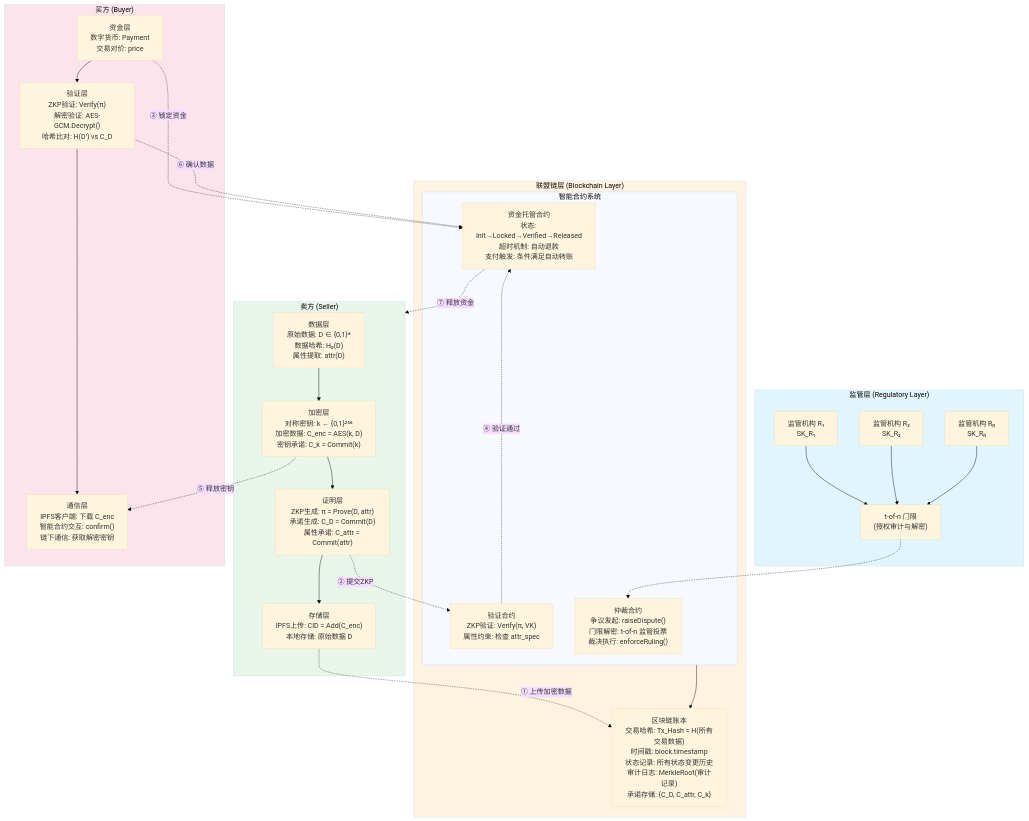
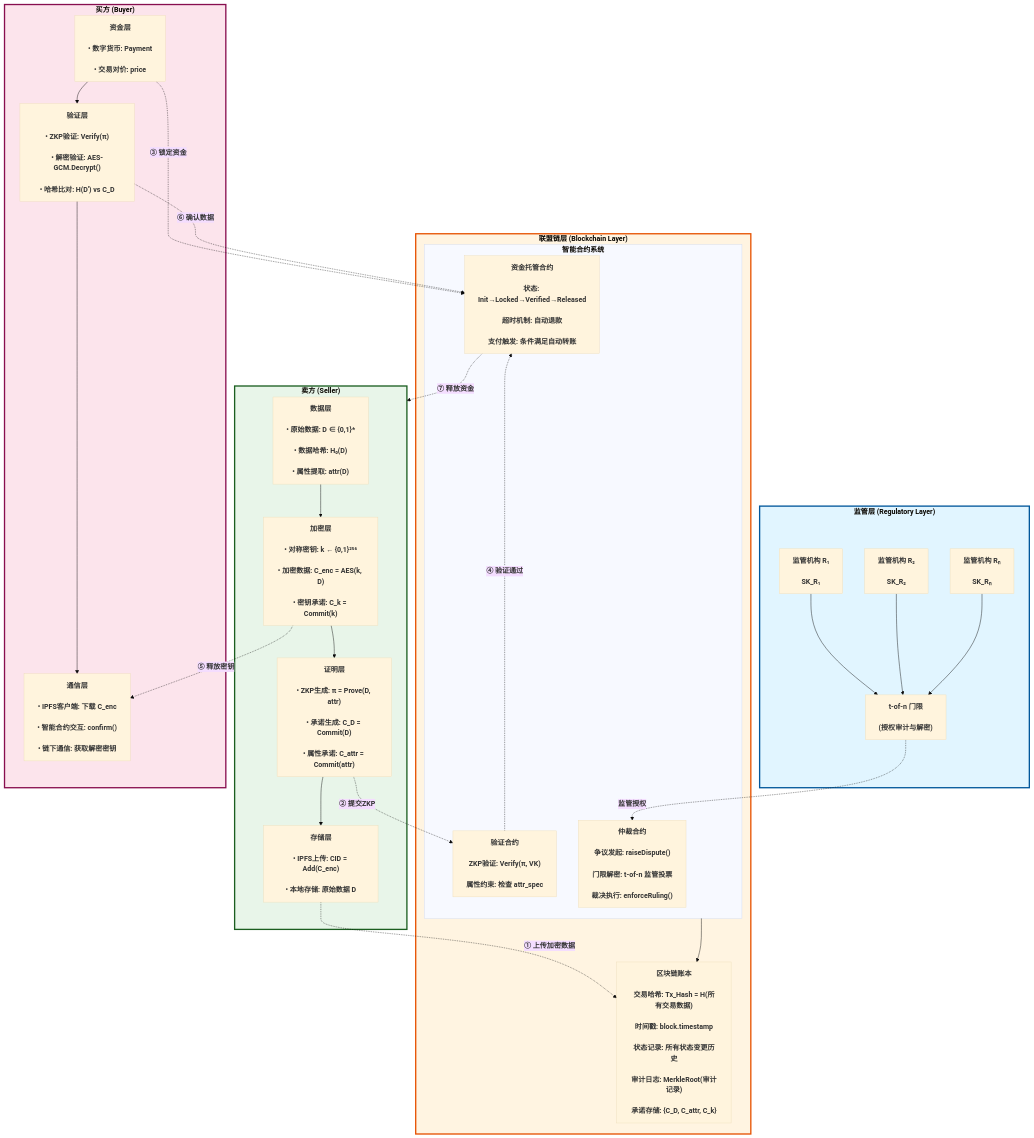
Before and after one commit to ystAlex/iodraw-files: the diagram in all/未命名-4.md, drawn with Mermaid (base theme).

Commit message:
2025-12-10 03:47:50 update

````diff
--- a/all/未命名-4.md
+++ b/all/未命名-4.md
@@ -1,59 +1,62 @@
 ```mermaid
 graph TB
-    subgraph Regulatory["监管层 (Regulatory Layer)"]
-        R1["监管机构 R₁<br/>SK_R₁"]
-        R2["监管机构 R₂<br/>SK_R₂"]
-        Rn["监管机构 Rₙ<br/>SK_Rₙ"]
-        Threshold["t-of-n 门限<br/>(授权审计与解密)"]
+    subgraph Regulatory["<b>监管层 (Regulatory Layer)</b>"]
+        R1["<b>监管机构 R₁</b><br/><br/>SK_R₁"]
+        R2["<b>监管机构 R₂</b><br/><br/>SK_R₂"]
+        Rn["<b>监管机构 Rₙ</b><br/><br/>SK_Rₙ"]
+        Threshold["<b>t-of-n 门限</b><br/><br/>(授权审计与解密)"]
         R1 --> Threshold
         R2 --> Threshold
         Rn --> Threshold
     end
 
-    subgraph Blockchain["联盟链层 (Blockchain Layer)"]
-        subgraph Contracts["智能合约系统"]
-            Escrow["资金托管合约<br/>状态: Init→Locked→Verified→Released<br/>超时机制: 自动退款<br/>支付触发: 条件满足自动转账"]
-            Verification["验证合约<br/>ZKP验证: Verify(π, VK)<br/>属性约束: 检查 attr_spec"]
-            Arbitration["仲裁合约<br/>争议发起: raiseDispute()<br/>门限解密: t-of-n 监管投票<br/>裁决执行: enforceRuling()"]
+    subgraph Blockchain["<b>联盟链层 (Blockchain Layer)</b>"]
+        subgraph Contracts["<b>智能合约系统</b>"]
+            Escrow["<b>资金托管合约</b><br/><br/>状态: Init→Locked→Verified→Released<br/><br/>超时机制: 自动退款<br/><br/>支付触发: 条件满足自动转账"]
+            Verification["<b>验证合约</b><br/><br/>ZKP验证: Verify(π, VK)<br/><br/>属性约束: 检查 attr_spec"]
+            Arbitration["<b>仲裁合约</b><br/><br/>争议发起: raiseDispute()<br/><br/>门限解密: t-of-n 监管投票<br/><br/>裁决执行: enforceRuling()"]
         end
         
-        Ledger["区块链账本<br/>交易哈希: Tx_Hash = H(所有交易数据)<br/>时间戳: block.timestamp<br/>状态记录: 所有状态变更历史<br/>审计日志: MerkleRoot(审计记录)<br/>承诺存储: {C_D, C_attr, C_k}"]
+        Ledger["<b>区块链账本</b><br/><br/>交易哈希: Tx_Hash = H(所有交易数据)<br/><br/>时间戳: block.timestamp<br/><br/>状态记录: 所有状态变更历史<br/><br/>审计日志: MerkleRoot(审计记录)<br/><br/>承诺存储: {C_D, C_attr, C_k}"]
         
         Contracts --> Ledger
     end
 
-    subgraph Seller["卖方 (Seller)"]
-        S_Data["数据层<br/>原始数据: D ∈ {0,1}*<br/>数据哈希: H₀(D)<br/>属性提取: attr(D)"]
-        S_Encrypt["加密层<br/>对称密钥: k ← {0,1}²⁵⁶<br/>加密数据: C_enc = AES(k, D)<br/>密钥承诺: C_k = Commit(k)"]
-        S_Proof["证明层<br/>ZKP生成: π = Prove(D, attr)<br/>承诺生成: C_D = Commit(D)<br/>属性承诺: C_attr = Commit(attr)"]
-        S_Storage["存储层<br/>IPFS上传: CID = Add(C_enc)<br/>本地存储: 原始数据 D"]
+    subgraph Seller["<b>卖方 (Seller)</b>"]
+        S_Data["<b>数据层</b><br/><br/>• 原始数据: D ∈ {0,1}*<br/><br/>• 数据哈希: H₀(D)<br/><br/>• 属性提取: attr(D)"]
+        S_Encrypt["<b>加密层</b><br/><br/>• 对称密钥: k ← {0,1}²⁵⁶<br/><br/>• 加密数据: C_enc = AES(k, D)<br/><br/>• 密钥承诺: C_k = Commit(k)"]
+        S_Proof["<b>证明层</b><br/><br/>• ZKP生成: π = Prove(D, attr)<br/><br/>• 承诺生成: C_D = Commit(D)<br/><br/>• 属性承诺: C_attr = Commit(attr)"]
+        S_Storage["<b>存储层</b><br/><br/>• IPFS上传: CID = Add(C_enc)<br/><br/>• 本地存储: 原始数据 D"]
         
         S_Data --> S_Encrypt
         S_Encrypt --> S_Proof
         S_Proof --> S_Storage
     end
 
-    subgraph Buyer["买方 (Buyer)"]
-        B_Payment["资金层<br/>数字货币: Payment<br/>交易对价: price"]
-        B_Verify["验证层<br/>ZKP验证: Verify(π)<br/>解密验证: AES-GCM.Decrypt()<br/>哈希比对: H(D') vs C_D"]
-        B_Comm["通信层<br/>IPFS客户端: 下载 C_enc<br/>智能合约交互: confirm()<br/>链下通信: 获取解密密钥"]
+    subgraph Buyer["<b>买方 (Buyer)</b>"]
+        B_Payment["<b>资金层</b><br/><br/>• 数字货币: Payment<br/><br/>• 交易对价: price"]
+        B_Verify["<b>验证层</b><br/><br/>• ZKP验证: Verify(π)<br/><br/>• 解密验证: AES-GCM.Decrypt()<br/><br/>• 哈希比对: H(D') vs C_D"]
+        B_Comm["<b>通信层</b><br/><br/>• IPFS客户端: 下载 C_enc<br/><br/>• 智能合约交互: confirm()<br/><br/>• 链下通信: 获取解密密钥"]
         
         B_Payment --> B_Verify
         B_Verify --> B_Comm
     end
 
-    Threshold -.-> Arbitration
-    S_Storage -.->|"① 上传加密数据"| Ledger
-    S_Proof -.->|"② 提交ZKP"| Verification
-    B_Payment -.->|"③ 锁定资金"| Escrow
-    Verification -.->|"④ 验证通过"| Escrow
-    S_Encrypt -.->|"⑤ 释放密钥"| B_Comm
-    B_Verify -.->|"⑥ 确认数据"| Escrow
-    Escrow -.->|"⑦ 释放资金"| Seller
+    Threshold -.->|"<b>监管授权</b>"| Arbitration
+    S_Storage -.->|"<b>① 上传加密数据</b>"| Ledger
+    S_Proof -.->|"<b>② 提交ZKP</b>"| Verification
+    B_Payment -.->|"<b>③ 锁定资金</b>"| Escrow
+    Verification -.->|"<b>④ 验证通过</b>"| Escrow
+    S_Encrypt -.->|"<b>⑤ 释放密钥</b>"| B_Comm
+    B_Verify -.->|"<b>⑥ 确认数据</b>"| Escrow
+    Escrow -.->|"<b>⑦ 释放资金</b>"| Seller
 
-    style Regulatory fill:#e1f5ff
-    style Blockchain fill:#fff4e1
-    style Seller fill:#e8f5e9
-    style Buyer fill:#fce4ec
+    style Regulatory fill:#e1f5ff,stroke:#01579b,stroke-width:3px
+    style Blockchain fill:#fff4e1,stroke:#e65100,stroke-width:3px
+    style Seller fill:#e8f5e9,stroke:#1b5e20,stroke-width:3px
+    style Buyer fill:#fce4ec,stroke:#880e4f,stroke-width:3px
+    
+    classDef largeText font-size:16px,font-weight:bold
+    class R1,R2,Rn,Threshold,Escrow,Verification,Arbitration,Ledger,S_Data,S_Encrypt,S_Proof,S_Storage,B_Payment,B_Verify,B_Comm largeText
 
 ```
````
